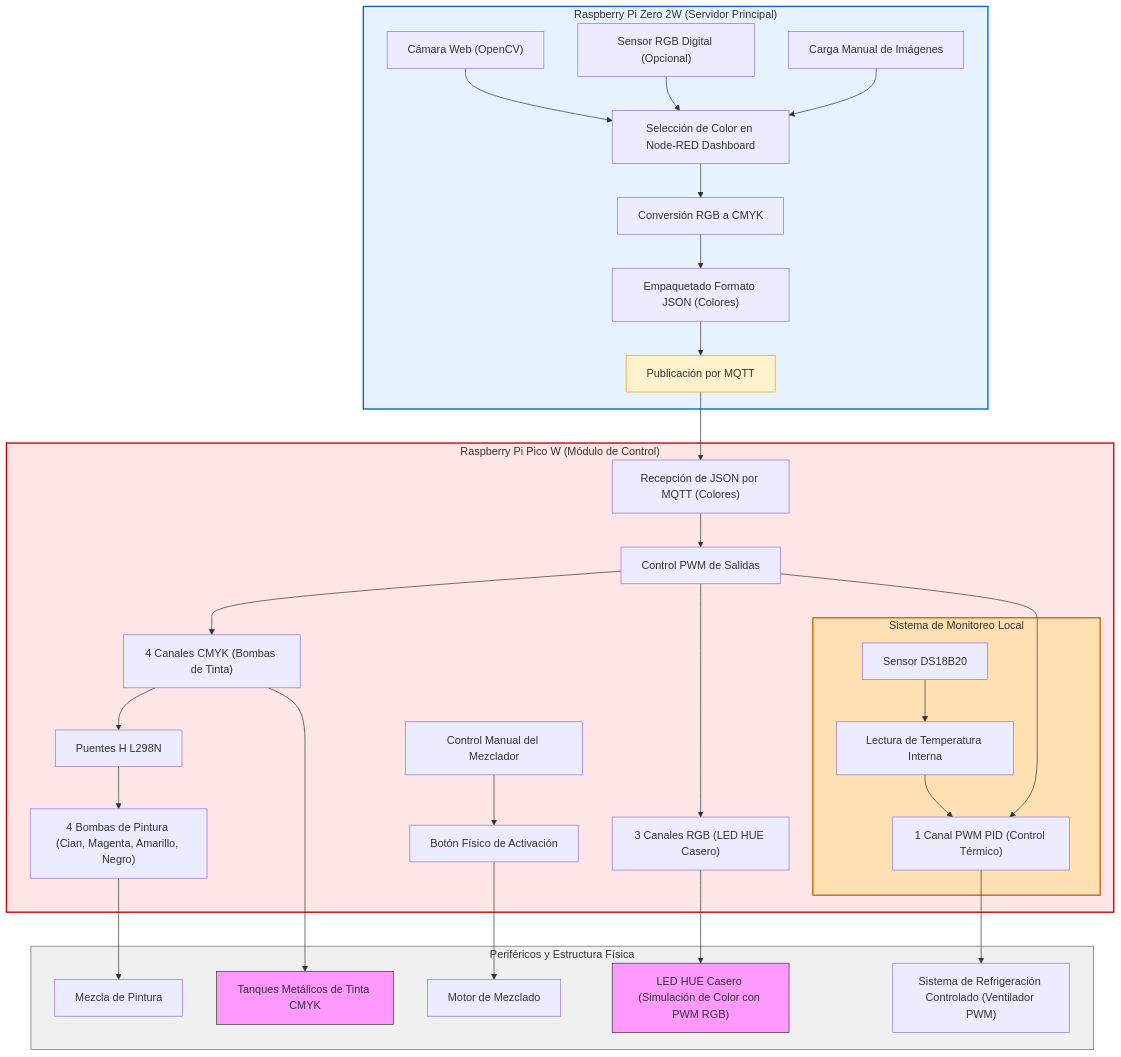
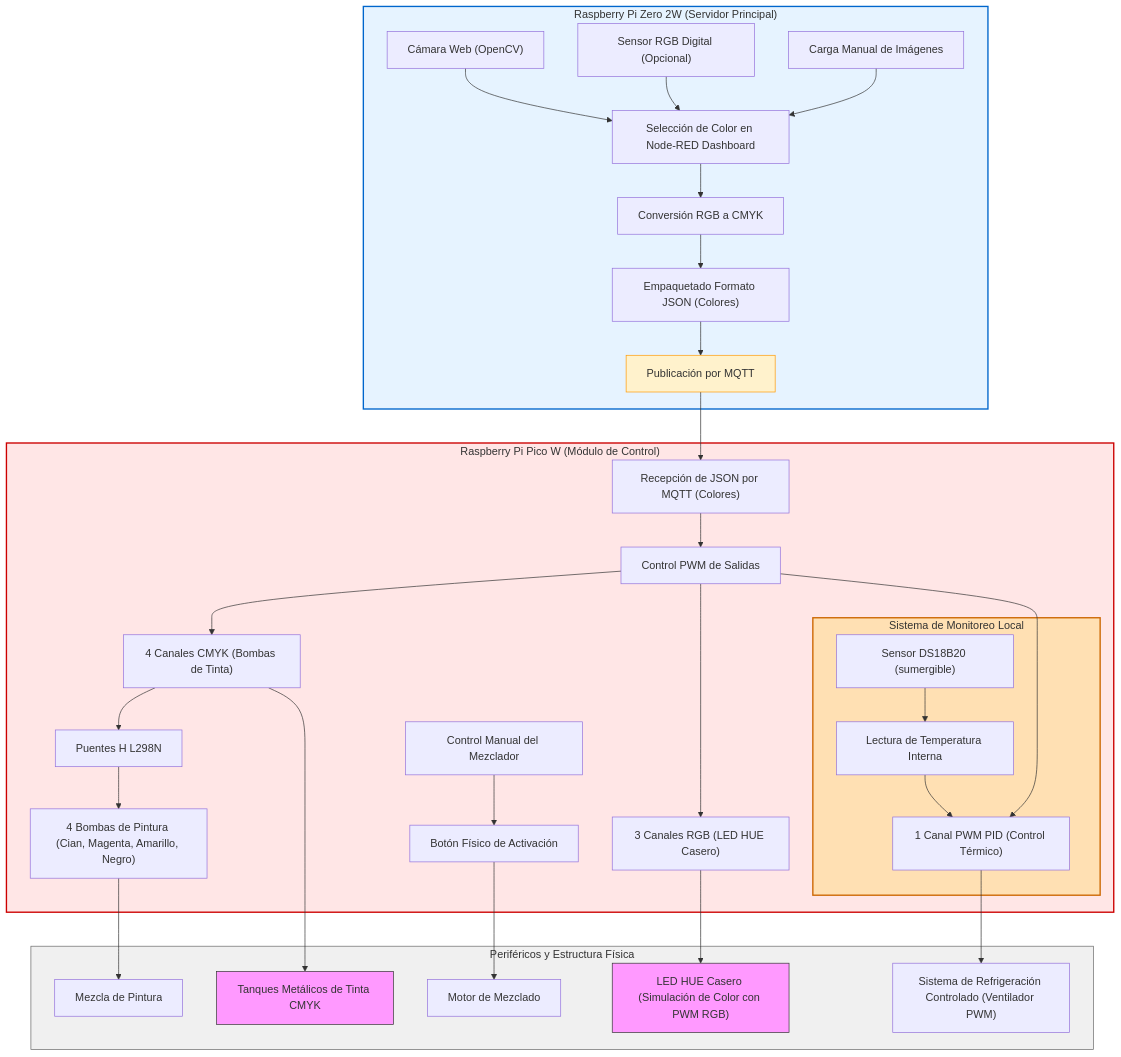
The diagram in diagrama_MQTT.md (juandsandoval8/ChromaPID), drawn with Mermaid before and after one commit.

````diff
--- a/diagrama_MQTT.md
+++ b/diagrama_MQTT.md
@@ -1,54 +1,54 @@
 ```mermaid
 flowchart TD
     %% ================= MAESTRO (Raspberry Pi Zero 2W) =================
     subgraph Maestro["Raspberry Pi Zero 2W (Servidor Principal)"]
         A["Cámara Web (OpenCV)"] --> B["Selección de Color en Node-RED Dashboard"]
         C["Sensor RGB Digital (Opcional)"] --> B
         D["Carga Manual de Imágenes"] --> B
         B --> E["Conversión RGB a CMYK"]
         E --> F["Empaquetado Formato JSON (Colores)"]
         F --> G["Publicación por MQTT"]
     end
 
     %% ================= ESCLAVO (Raspberry Pi Pico W) =================
     subgraph Esclavo["Raspberry Pi Pico W (Módulo de Control)"]
         G --> H["Recepción de JSON por MQTT (Colores)"]
         H --> I["Control PWM de Salidas"]
 
         %% PWM
         I --> M["4 Canales CMYK (Bombas de Tinta)"]
         I --> N["3 Canales RGB (LED HUE Casero)"]
         I --> O["1 Canal PWM PID (Control Térmico)"]
 
         %% Lectura de Temperatura (Local)
         subgraph Temperatura["Sistema de Monitoreo Local"]
-            J["Sensor DS18B20"] --> P["Lectura de Temperatura Interna"]
+            J["Sensor DS18B20 (sumergible)"] --> P["Lectura de Temperatura Interna"]
             P --> O
         end
 
         %% Bombas
         M --> R["Puentes H L298N"]
         R --> S["4 Bombas de Pintura (Cian, Magenta, Amarillo, Negro)"]
 
         %% Mezclador
         L["Control Manual del Mezclador"] --> T["Botón Físico de Activación"]
     end
 
     %% ================= PERIFÉRICOS =================
     subgraph Periféricos["Periféricos y Estructura Física"]
         N --> U["LED HUE Casero (Simulación de Color con PWM RGB)"]
         M --> V["Tanques Metálicos de Tinta CMYK"]
         O --> W["Sistema de Refrigeración Controlado (Ventilador PWM)"]
         S --> Y["Mezcla de Pintura"]
         T --> Z["Motor de Mezclado"]
     end
 
     %% ================= ESTILOS =================
     style Maestro fill:#e6f3ff,stroke:#0066cc,stroke-width:2px
     style Esclavo fill:#ffe6e6,stroke:#cc0000,stroke-width:2px
     style Temperatura fill:#ffe0b3,stroke:#cc6600,stroke-width:2px
     style Periféricos fill:#f0f0f0,stroke:#666,stroke-width:1px
     style G fill:#fff2cc,stroke:#ff9900,stroke-width:1px
     style V fill:#f9f,stroke:#333
     style U fill:#f9f,stroke:#333
 ```
````
